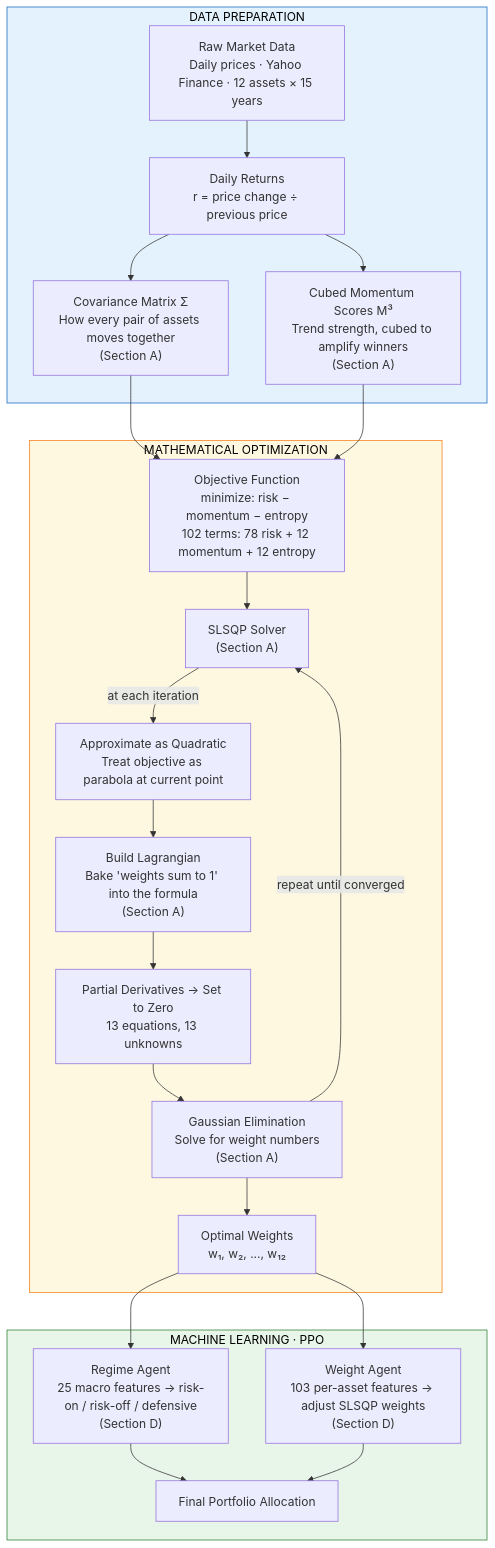
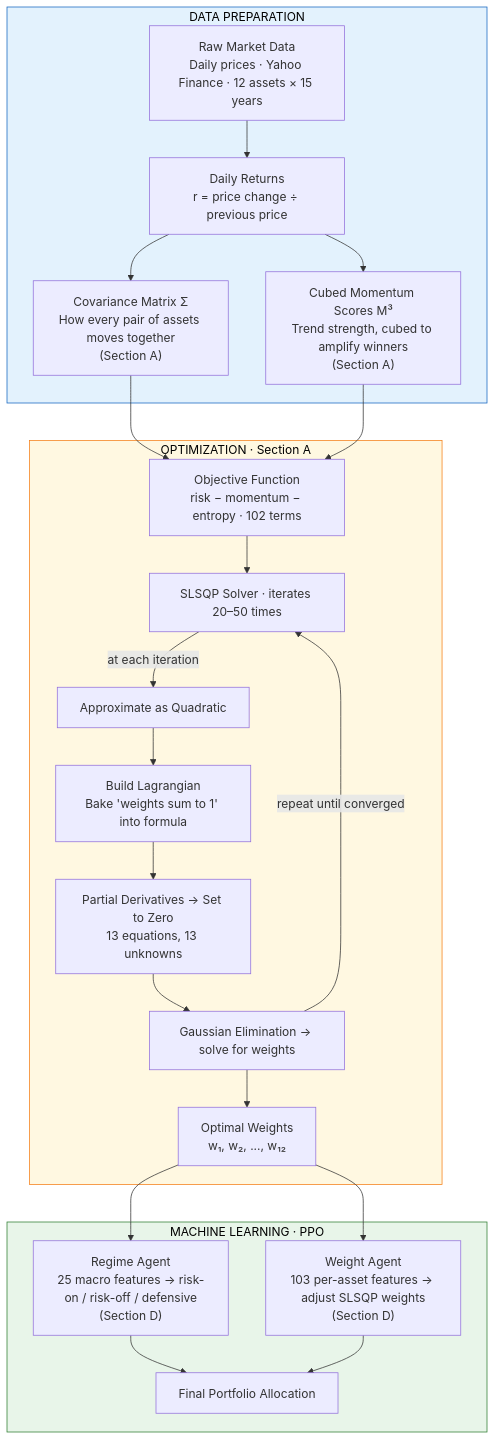
The diagram in README.md (Guannings/alpha_dual_engine), drawn with Mermaid before and after one commit.

Commit message:
Shorten flowchart node text to fix subgraph title clipping

````diff
--- a/README.md
+++ b/README.md
@@ -1064,46 +1064,46 @@
 ```mermaid
 graph TD
     subgraph DATA ["DATA PREPARATION"]
         A["Raw Market Data<br/>Daily prices · Yahoo Finance · 12 assets × 15 years"]
         B["Daily Returns<br/>r = price change ÷ previous price"]
         C["Covariance Matrix Σ<br/>How every pair of assets moves together<br/>(Section A)"]
         D["Cubed Momentum Scores M³<br/>Trend strength, cubed to amplify winners<br/>(Section A)"]
     end
 
-    subgraph MATH ["MATHEMATICAL OPTIMIZATION"]
-        E["Objective Function<br/>minimize: risk − momentum − entropy<br/>102 terms: 78 risk + 12 momentum + 12 entropy"]
-        F["SLSQP Solver<br/>(Section A)"]
-        G["Approximate as Quadratic<br/>Treat objective as parabola at current point"]
-        H["Build Lagrangian<br/>Bake 'weights sum to 1' into the formula<br/>(Section A)"]
+    subgraph MATH ["OPTIMIZATION · Section A"]
+        E["Objective Function<br/>risk − momentum − entropy · 102 terms"]
+        F["SLSQP Solver · iterates 20–50 times"]
+        G["Approximate as Quadratic"]
+        H["Build Lagrangian<br/>Bake 'weights sum to 1' into formula"]
         I["Partial Derivatives → Set to Zero<br/>13 equations, 13 unknowns"]
-        J["Gaussian Elimination<br/>Solve for weight numbers<br/>(Section A)"]
+        J["Gaussian Elimination → solve for weights"]
         K["Optimal Weights<br/>w₁, w₂, ..., w₁₂"]
     end
 
     subgraph ML ["MACHINE LEARNING · PPO"]
         L["Regime Agent<br/>25 macro features → risk-on / risk-off / defensive<br/>(Section D)"]
         M["Weight Agent<br/>103 per-asset features → adjust SLSQP weights<br/>(Section D)"]
         N["Final Portfolio Allocation"]
     end
 
     A --> B
     B --> C
     B --> D
     C --> E
     D --> E
     E --> F
     F -->|"at each iteration"| G
     G --> H
     H --> I
     I --> J
     J -->|"repeat until converged"| F
     J --> K
     K --> L
     K --> M
     L --> N
     M --> N
 
     style DATA fill:#e3f2fd,stroke:#1565c0,color:#000
     style MATH fill:#fff8e1,stroke:#f57f17,color:#000
     style ML fill:#e8f5e9,stroke:#2e7d32,color:#000
 ```
````
